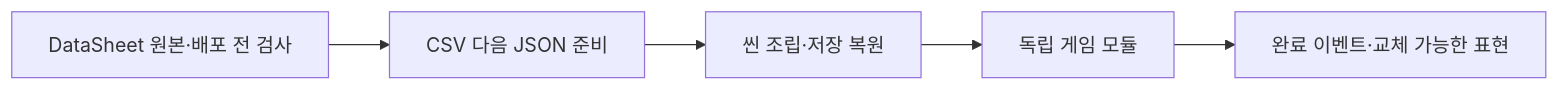
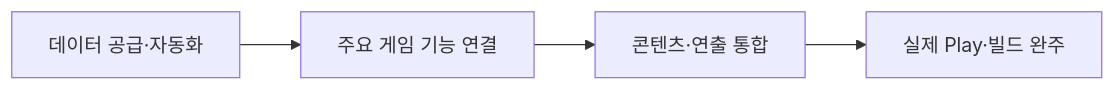
One commit to lkhwcf-arch/Human_Ghost- changed the first of 3 diagrams in README.md. Above: the diagram before and after it, drawn with Mermaid. The commit also changed other lines of this file and 92 other files, not shown here.

````diff
--- a/README.md
+++ b/README.md
@@ -23,7 +29,6 @@
-```mermaid
+~~~mermaid
 flowchart LR
-    A[DataSheet 원본·배포 전 검사] --> B[CSV 다음 JSON 준비]
-    B --> C[씬 조립·저장 복원]
-    C --> D[독립 게임 모듈]
-    D --> E[완료 이벤트·교체 가능한 표현]
-```
+    A[데이터 공급·자동화] --> B[주요 게임 기능 연결]
+    B --> C[콘텐츠·연출 통합]
+    C --> D[실제 Play·빌드 완주]
+~~~
````
